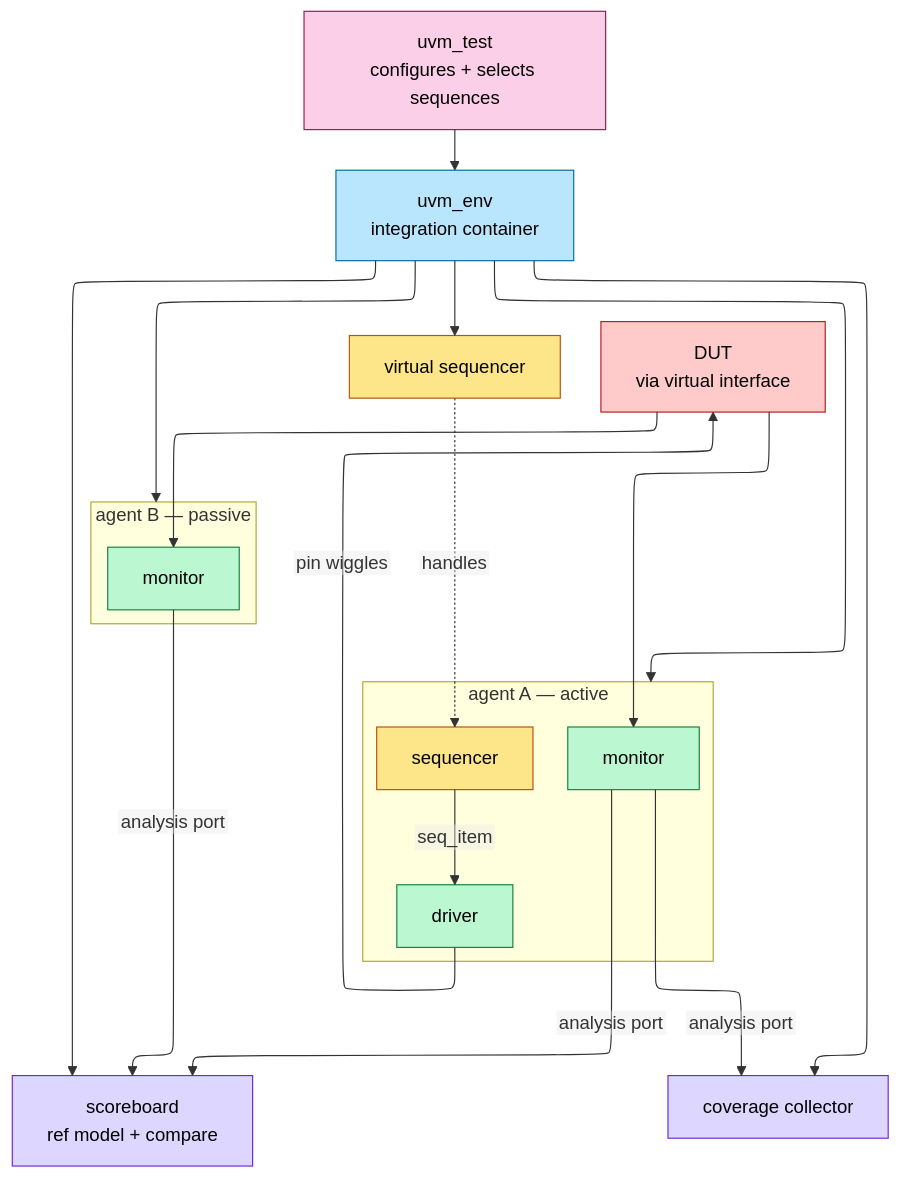
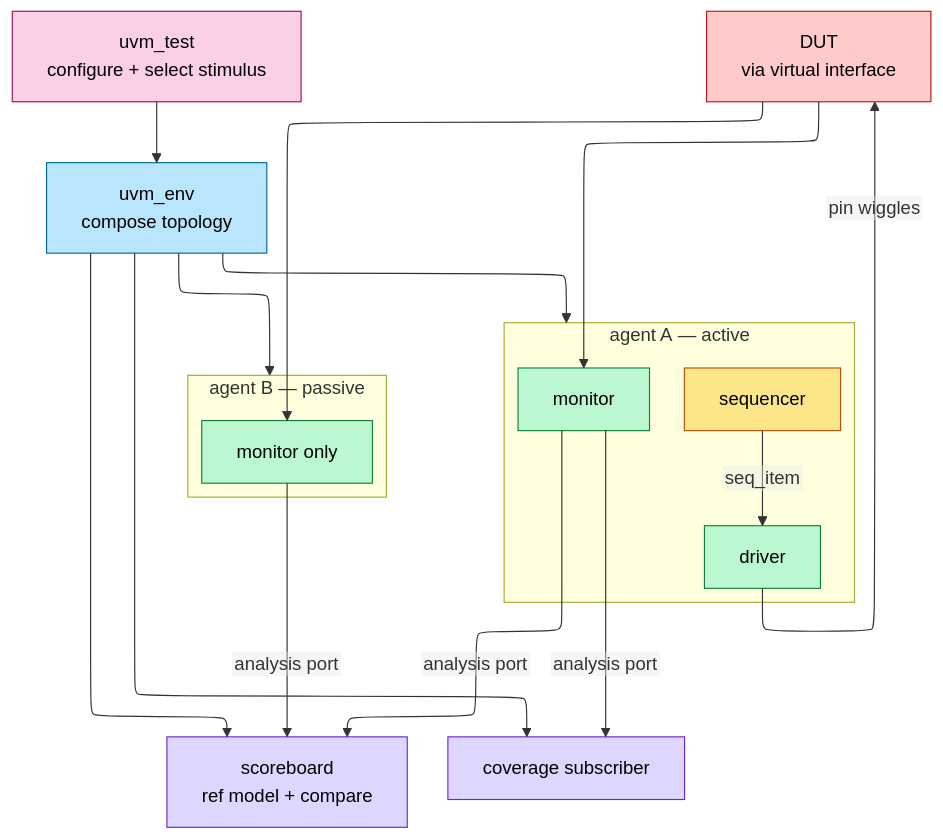
The first of 2 diagrams in 03_Frontend_RTL_and_Verification/10_UVM_Methodology.md (Wty2003328/silicon-design-notebook), drawn with Mermaid before and after one commit. The commit also changed other lines of this file and 22 other files, not shown here.

Commit message:
Concept-first hard rework complete: all 48 architecture/design pages (trimmed signal dumps; added trade-off analysis + theoretical depth)

````diff
--- a/03_Frontend_RTL_and_Verification/10_UVM_Methodology.md
+++ b/03_Frontend_RTL_and_Verification/10_UVM_Methodology.md
@@ -15,32 +74,30 @@
 ```mermaid
 %%{init: {"flowchart": {"defaultRenderer": "elk", "nodeSpacing": 60, "rankSpacing": 60, "htmlLabels": false}}}%%
 flowchart TB
-    TEST[uvm_test<br/>configures + selects sequences]:::test
-    ENV[uvm_env<br/>integration container]:::env
-    VSQR[virtual sequencer]:::seq
+    TEST[uvm_test<br/>configure + select stimulus]:::test
+    ENV[uvm_env<br/>compose topology]:::env
     SB[scoreboard<br/>ref model + compare]:::chk
-    COV[coverage collector]:::chk
+    COV[coverage subscriber]:::chk
     subgraph AGT_A[agent A — active]
         SQR[sequencer]:::seq
         DRV[driver]:::drv
         MON[monitor]:::mon
     end
     subgraph AGT_B[agent B — passive]
-        MON2[monitor]:::mon
+        MON2[monitor only]:::mon
     end
     DUT[DUT<br/>via virtual interface]:::dut
     TEST --> ENV
-    ENV --> AGT_A & AGT_B & SB & COV & VSQR
-    VSQR -.handles.-> SQR
+    ENV --> AGT_A & AGT_B & SB & COV
     SQR -->|seq_item| DRV -->|pin wiggles| DUT
     DUT --> MON & MON2
     MON -->|analysis port| SB & COV
     MON2 -->|analysis port| SB
     classDef test fill:#fbcfe8,stroke:#9d174d,color:#000
     classDef env fill:#bae6fd,stroke:#0369a1,color:#000
     classDef seq fill:#fde68a,stroke:#b45309,color:#000
     classDef drv fill:#bbf7d0,stroke:#15803d,color:#000
     classDef mon fill:#bbf7d0,stroke:#15803d,color:#000
     classDef chk fill:#ddd6fe,stroke:#6d28d9,color:#000
     classDef dut fill:#fecaca,stroke:#b91c1c,color:#000
 ```
````
